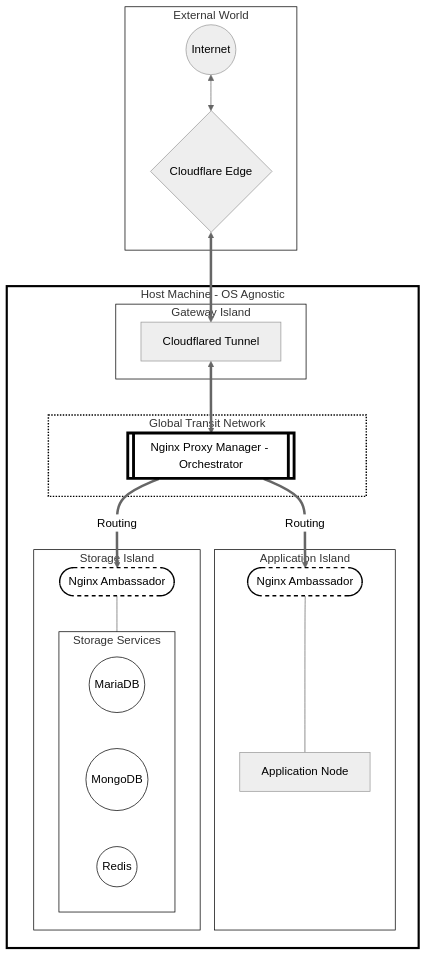
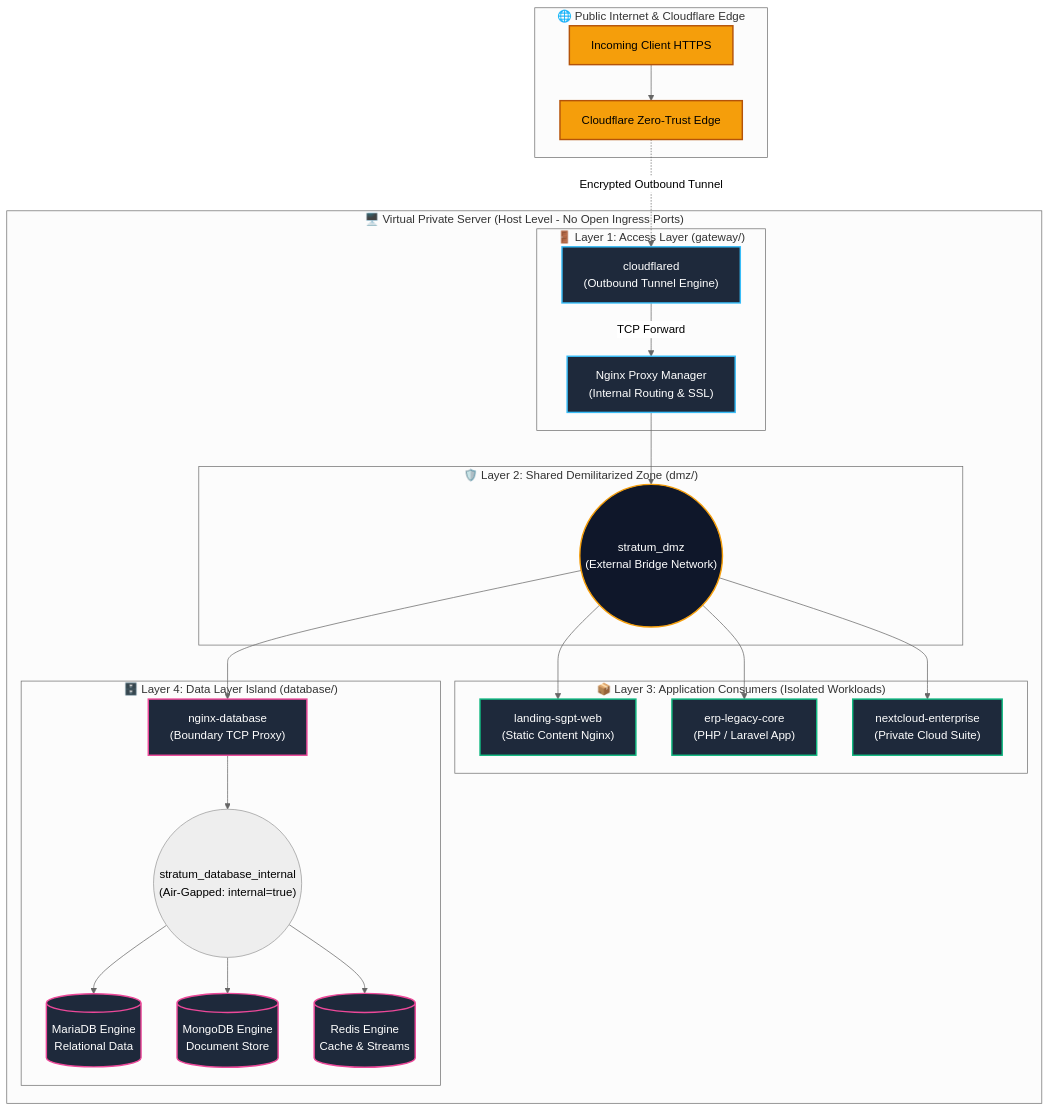
One commit to sandra-puerto/stratum changed the first of 3 diagrams in README.md. Above: the diagram before and after it, drawn with Mermaid (neutral theme). The commit also changed other lines of this file and 20 other files, not shown here.

Commit message:
feat: initialize stratum-core project structure with infrastructure and documentation

````diff
--- a/README.md
+++ b/README.md
@@ -83,57 +35,57 @@
 ```mermaid
-graph TD
-    %% Global Nodes Definition
-    classDef orchestrator stroke-width:4px, stroke:#000, fill:none;
-    classDef ambassador stroke-width:2px, stroke:#000, stroke-dasharray: 5 5, fill:none;
-    classDef storage stroke-width:1px, stroke:#000, fill:none;
-    classDef boundary stroke-width:3px, stroke:#000, fill:none;
-
-    subgraph WAN [External World]
-        Internet((Internet)) <--> CF{Cloudflare Edge}
+graph TB
+    subgraph WAN ["🌐 Public Internet & Cloudflare Edge"]
+        Client["Incoming Client HTTPS"] --> Cloudflare["Cloudflare Zero-Trust Edge"]
     end
 
-    subgraph Host [Host Machine - OS Agnostic]
-        
-        subgraph Global_Network [Global Transit Network]
-            NPM[[Nginx Proxy Manager - Orchestrator]]
+    subgraph Host ["🖥️ Virtual Private Server (Host Level - No Open Ingress Ports)"]
+        subgraph GatewayIsland ["🚪 Layer 1: Access Layer (gateway/)"]
+            CF_Tunnel["cloudflared<br/>(Outbound Tunnel Engine)"]
+            NPM["Nginx Proxy Manager<br/>(Internal Routing & SSL)"]
+            CF_Tunnel -->|TCP Forward| NPM
         end
 
-        subgraph Gateway_Island [Gateway Island]
-            Cloudflared[Cloudflared Tunnel]
+        subgraph SharedDMZ ["🛡️ Layer 2: Shared Demilitarized Zone (dmz/)"]
+            DMZ_Net(("stratum_dmz<br/>(External Bridge Network)"))
         end
 
-        subgraph App_Island [Application Island]
-            Amb_App([Nginx Ambassador]) --- App_Node[Application Node]
+        subgraph ConsumerApps ["📦 Layer 3: Application Consumers (Isolated Workloads)"]
+            App1["landing-sgpt-web<br/>(Static Content Nginx)"]
+            App2["erp-legacy-core<br/>(PHP / Laravel App)"]
+            App3["nextcloud-enterprise<br/>(Private Cloud Suite)"]
         end
 
-        subgraph Data_Island [Storage Island]
-            Amb_DB([Nginx Ambassador]) --- DB_Cluster
-            subgraph DB_Cluster [Storage Services]
-                MariaDB((MariaDB))
-                MongoDB((MongoDB))
-                Redis((Redis))
-            end
+        subgraph DatabaseIsland ["🗄️ Layer 4: Data Layer Island (database/)"]
+            DB_Proxy["nginx-database<br/>(Boundary TCP Proxy)"]
+            DB_Net(("stratum_database_internal<br/>(Air-Gapped: internal=true)"))
+            
+            MariaDB[("MariaDB Engine<br/>Relational Data")]
+            MongoDB[("MongoDB Engine<br/>Document Store")]
+            Redis[("Redis Engine<br/>Cache & Streams")]
+
+            DB_Proxy --> DB_Net
+            DB_Net --> MariaDB
+            DB_Net --> MongoDB
+            DB_Net --> Redis
         end
-
     end
 
-    %% Optimized Traffic Flow
-    CF <==> Cloudflared
-    Cloudflared <==> NPM
-    NPM == Routing ==> Amb_App
-    NPM == Routing ==> Amb_DB
+    Cloudflare -.->|Encrypted Outbound Tunnel| CF_Tunnel
+    NPM --> DMZ_Net
+    DMZ_Net --> App1
+    DMZ_Net --> App2
+    DMZ_Net --> App3
+    DMZ_Net --> DB_Proxy
 
-    %% Apply Classes
-    class NPM orchestrator;
-    class Amb_App,Amb_DB ambassador;
-    class MariaDB,MongoDB,Redis storage;
-    class Host boundary;
+    classDef edge fill:#f59e0b,stroke:#b45309,stroke-width:2px,color:#000;
+    classDef gateway fill:#1e293b,stroke:#38bdf8,stroke-width:2px,color:#fff;
+    classDef dmz fill:#0f172a,stroke:#f59e0b,stroke-width:2px,color:#fff;
+    classDef consumer fill:#1e293b,stroke:#10b981,stroke-width:2px,color:#fff;
+    classDef database fill:#1e293b,stroke:#ec4899,stroke-width:2px,color:#fff;
 
-    %% Global Style Overrides
-    style WAN fill:none,stroke:#000,stroke-width:1px
-    style Global_Network fill:none,stroke:#000,stroke-width:2px,stroke-dasharray: 2 2
-    style Gateway_Island fill:none,stroke:#000,stroke-width:1px
-    style App_Island fill:none,stroke:#000,stroke-width:1px
-    style Data_Island fill:none,stroke:#000,stroke-width:1px
-    style DB_Cluster fill:none,stroke:#000,stroke-width:1px
+    class Client,Cloudflare edge;
+    class CF_Tunnel,NPM gateway;
+    class DMZ_Net dmz;
+    class App1,App2,App3 consumer;
+    class DB_Proxy,MariaDB,MongoDB,Redis database;
 ```
````
